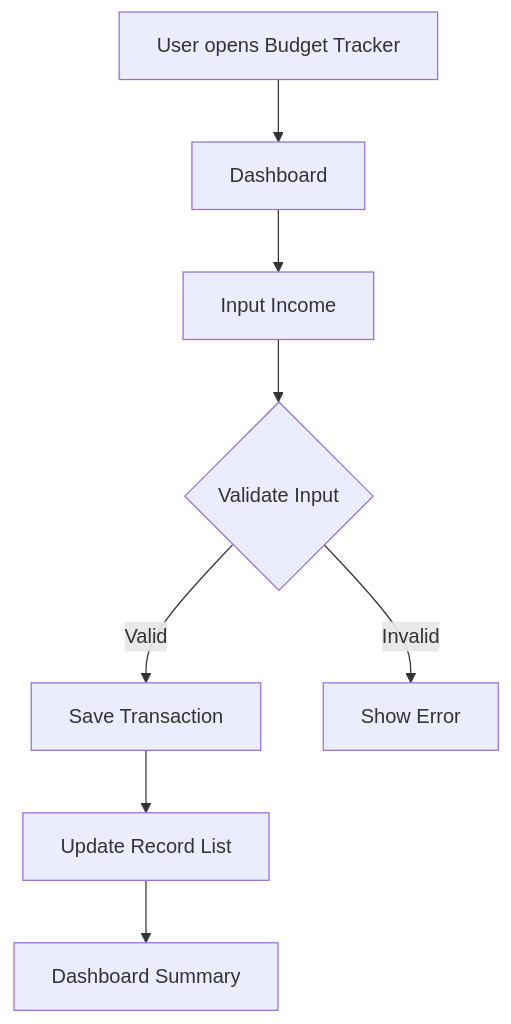
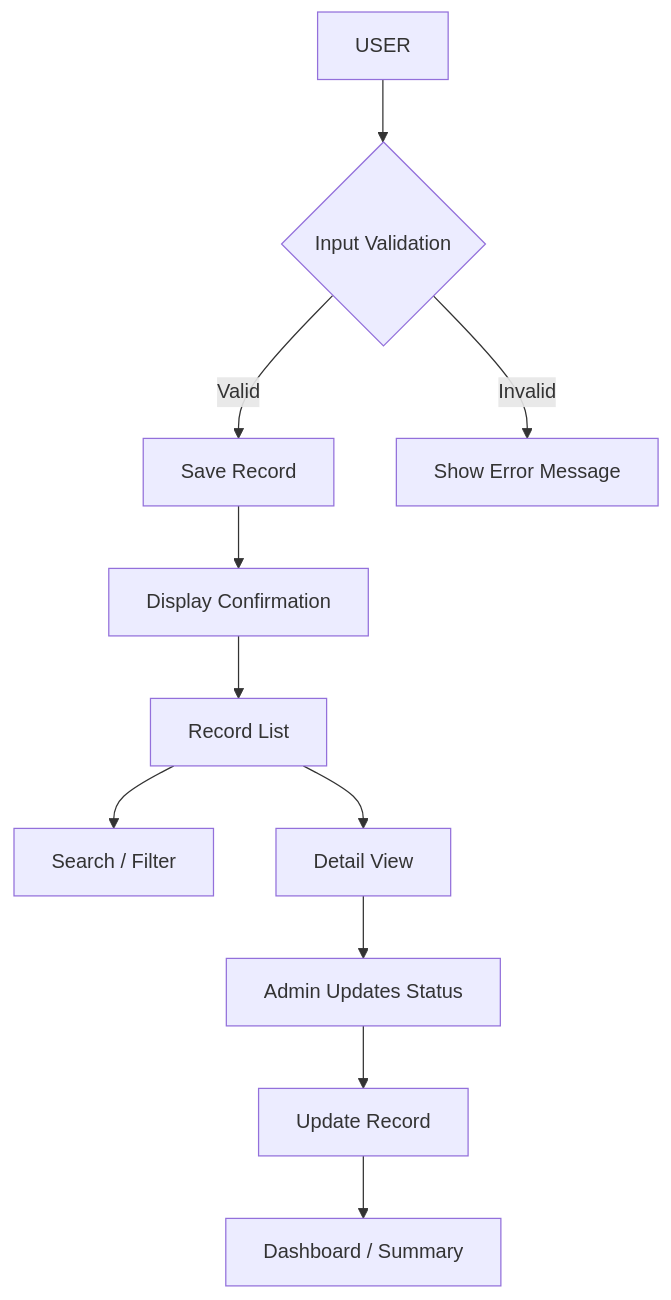
One commit to thiri-thant22/ICT105-Moonlight-MVP changed the diagram in diagrams/data-flow.mmd. Above: the diagram before and after it, drawn with Mermaid.

```diff
--- a/diagrams/data-flow.mmd
+++ b/diagrams/data-flow.mmd
@@ -1,8 +1,16 @@
 flowchart TD
-A[User opens Budget Tracker] --> B[Dashboard]
-B --> C[Input Income]
-C --> D{Validate Input}
-D -->|Valid| E[Save Transaction]
-D -->|Invalid| F[Show Error]
-E --> G[Update Record List]
-G --> H[Dashboard Summary]
+    A[USER] --> B{Input Validation}
+
+    B -->|Valid| C[Save Record]
+    B -->|Invalid| D[Show Error Message]
+
+    C --> E[Display Confirmation]
+    E --> F[Record List]
+
+    F --> G[Search / Filter]
+    F --> H[Detail View]
+
+    H --> I[Admin Updates Status]
+    I --> J[Update Record]
+
+    J --> K[Dashboard / Summary]
```
